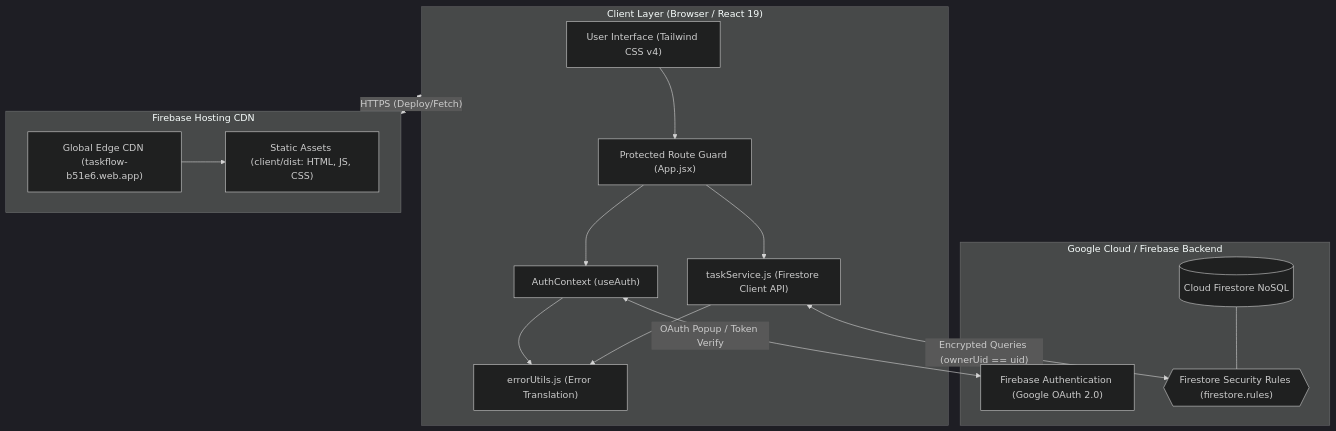
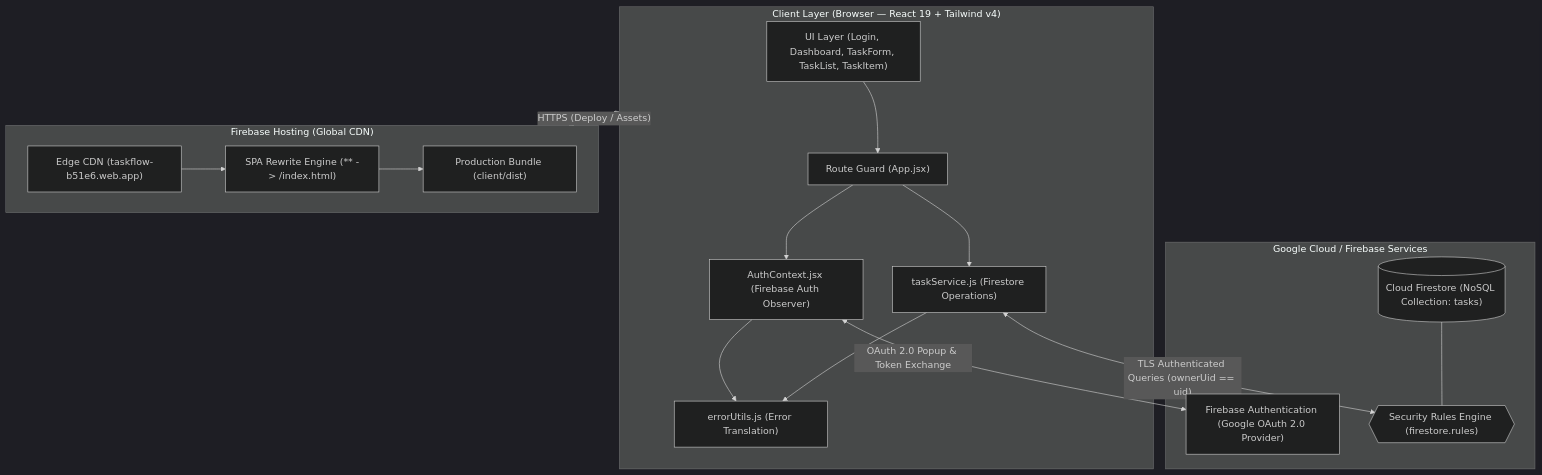
The diagram in TECHNICAL_DOCUMENTATION.md (priyanshh2/taskflow), drawn with Mermaid (dark theme) before and after one commit. The commit also changed other lines of this file and 3 other files, not shown here.

````diff
--- a/TECHNICAL_DOCUMENTATION.md
+++ b/TECHNICAL_DOCUMENTATION.md
@@ -130,34 +63,35 @@
 ```mermaid
 flowchart TD
-    subgraph ClientLayer ["Client Layer (Browser / React 19)"]
-        UI["User Interface (Tailwind CSS v4)"]
-        Router["Protected Route Guard (App.jsx)"]
-        AuthCtx["AuthContext (useAuth)"]
-        TaskSvc["taskService.js (Firestore Client API)"]
-        ErrUtil["errorUtils.js (Error Translation)"]
-        
-        UI --> Router
-        Router --> AuthCtx
-        Router --> TaskSvc
-        AuthCtx --> ErrUtil
-        TaskSvc --> ErrUtil
+    subgraph Client ["Client Layer (Browser — React 19 + Tailwind v4)"]
+        UI["UI Layer (Login, Dashboard, TaskForm, TaskList, TaskItem)"]
+        Guard["Route Guard (App.jsx)"]
+        AuthCtx["AuthContext.jsx (Firebase Auth Observer)"]
+        TaskSvc["taskService.js (Firestore Operations)"]
+        ErrMap["errorUtils.js (Error Translation)"]
+
+        UI --> Guard
+        Guard --> AuthCtx
+        Guard --> TaskSvc
+        AuthCtx --> ErrMap
+        TaskSvc --> ErrMap
     end
 
-    subgraph FirebaseHosting ["Firebase Hosting CDN"]
-        CDN["Global Edge CDN (taskflow-b51e6.web.app)"]
-        Dist["Static Assets (client/dist: HTML, JS, CSS)"]
-        CDN --> Dist
+    subgraph FirebaseHosting ["Firebase Hosting (Global CDN)"]
+        CDN["Edge CDN (taskflow-b51e6.web.app)"]
+        SPA["SPA Rewrite Engine (** -> /index.html)"]
+        Dist["Production Bundle (client/dist)"]
+        CDN --> SPA --> Dist
     end
 
-    subgraph FirebaseCloud ["Google Cloud / Firebase Backend"]
-        FirebaseAuth["Firebase Authentication (Google OAuth 2.0)"]
-        FirestoreDB[("Cloud Firestore NoSQL")]
-        SecRules{{"Firestore Security Rules (firestore.rules)"}}
-        
+    subgraph GoogleCloud ["Google Cloud / Firebase Services"]
+        AuthSvc["Firebase Authentication (Google OAuth 2.0 Provider)"]
+        FirestoreDB[("Cloud Firestore (NoSQL Collection: tasks)")]
+        SecRules{{"Security Rules Engine (firestore.rules)"}}
+
         FirestoreDB --- SecRules
     end
 
-    ClientLayer <--"HTTPS (Deploy/Fetch)"--> FirebaseHosting
-    AuthCtx <--"OAuth Popup / Token Verify"--> FirebaseAuth
-    TaskSvc <--"Encrypted Queries (ownerUid == uid)"--> SecRules
+    Client <--"HTTPS (Deploy / Assets)"--> FirebaseHosting
+    AuthCtx <--"OAuth 2.0 Popup & Token Exchange"--> AuthSvc
+    TaskSvc <--"TLS Authenticated Queries (ownerUid == uid)"--> SecRules
 ```
````
